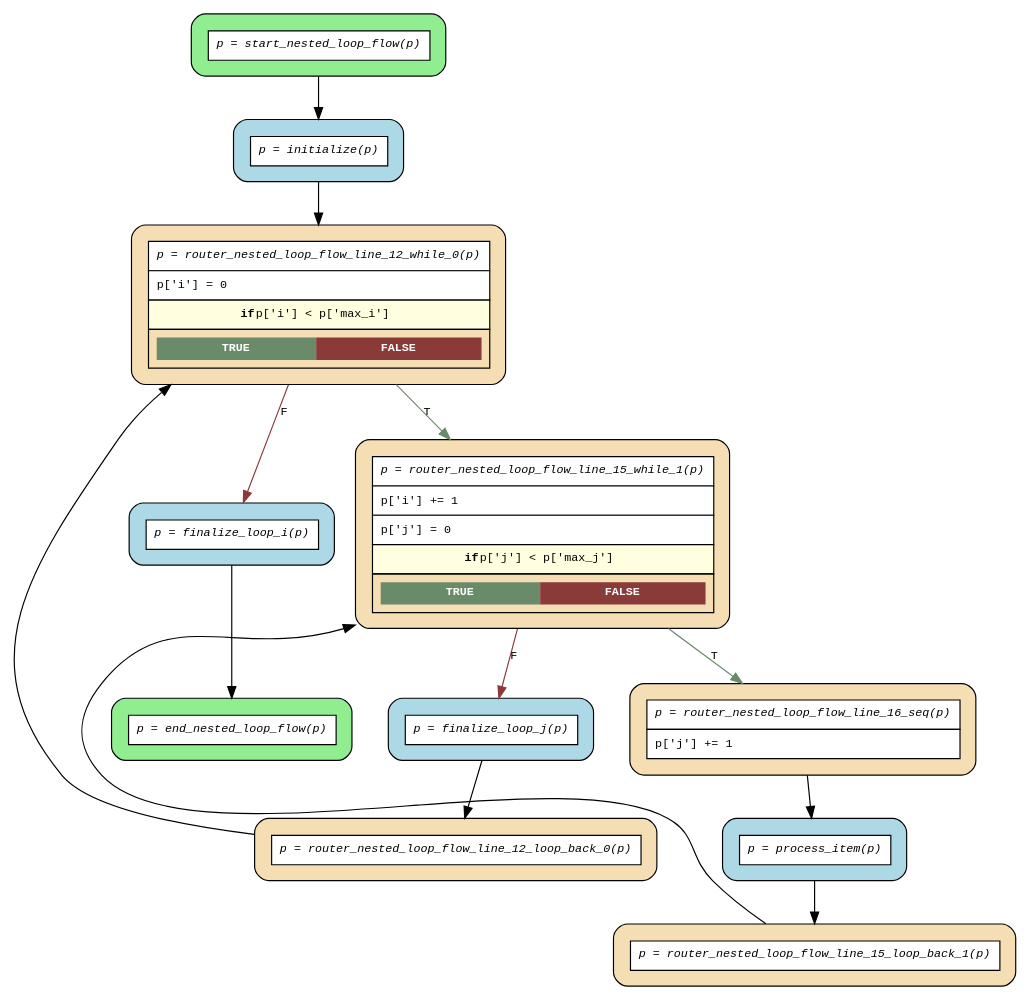
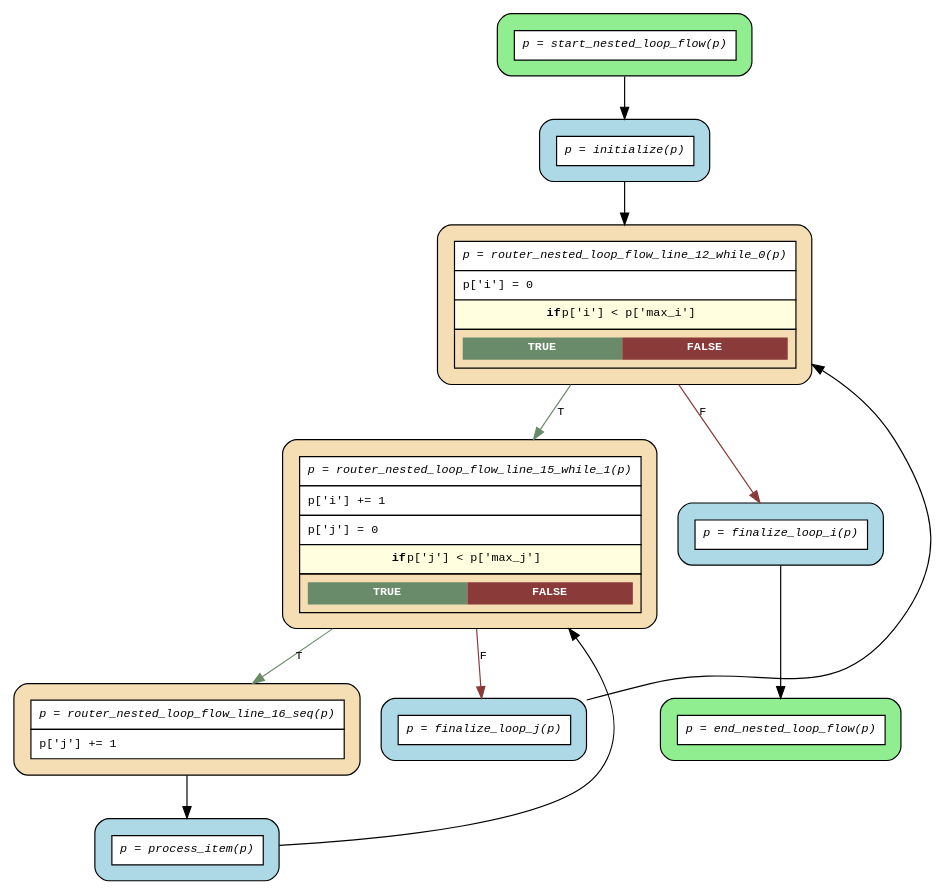
One commit to deliveryhero/asya changed the diagram in examples/flows/compiled/while_nested_loop/flow.dot. Above: the diagram before and after it, drawn with Graphviz. The commit also changed 40 other files, not shown here.

First line of the commit message:
fix(grouper): eliminate no-op loop_back routers for conditional while loops

```diff
--- a/examples/flows/compiled/while_nested_loop/flow.dot
+++ b/examples/flows/compiled/while_nested_loop/flow.dot
@@ -1,31 +1,27 @@
 digraph flow {
   rankdir=TB;
   graph [fontname="Courier", fontsize=10];
   node [fontname="Courier", fontsize=10, shape=box, style="filled,rounded", margin="0.2"];
   edge [fontname="Courier", fontsize=10];
 
   start_nested_loop_flow [fillcolor="lightgreen", label=<<table border="0" cellspacing="0" cellpadding="6" cellborder="1"><tr><td bgcolor="white" align="center"><i>p = start_nested_loop_flow(p)</i></td></tr></table>>];
   router_nested_loop_flow_line_16_seq [fillcolor="wheat", label=<<table border="0" cellspacing="0" cellpadding="6" cellborder="1"><tr><td bgcolor="white" align="center"><i>p = router_nested_loop_flow_line_16_seq(p)</i></td></tr><tr><td bgcolor="white" align="left">p['j'] += 1</td></tr></table>>];
-  router_nested_loop_flow_line_15_loop_back_1 [fillcolor="wheat", label=<<table border="0" cellspacing="0" cellpadding="6" cellborder="1"><tr><td bgcolor="white" align="center"><i>p = router_nested_loop_flow_line_15_loop_back_1(p)</i></td></tr></table>>];
   router_nested_loop_flow_line_15_while_1 [fillcolor="wheat", label=<<table border="0" cellspacing="0" cellpadding="6" cellborder="1"><tr><td bgcolor="white" align="center"><i>p = router_nested_loop_flow_line_15_while_1(p)</i></td></tr><tr><td bgcolor="white" align="left">p['i'] += 1</td></tr><tr><td bgcolor="white" align="left">p['j'] = 0</td></tr><tr><td bgcolor="lightyellow"><b>if</b> p['j'] &lt; p['max_j']</td></tr><tr><td><table border="0" cellspacing="0" cellpadding="4"><tr><td bgcolor="darkseagreen4"><font color="white"><b>TRUE</b></font></td><td bgcolor="indianred4"><font color="white"><b>FALSE</b></font></td></tr></table></td></tr></table>>];
-  router_nested_loop_flow_line_12_loop_back_0 [fillcolor="wheat", label=<<table border="0" cellspacing="0" cellpadding="6" cellborder="1"><tr><td bgcolor="white" align="center"><i>p = router_nested_loop_flow_line_12_loop_back_0(p)</i></td></tr></table>>];
   router_nested_loop_flow_line_12_while_0 [fillcolor="wheat", label=<<table border="0" cellspacing="0" cellpadding="6" cellborder="1"><tr><td bgcolor="white" align="center"><i>p = router_nested_loop_flow_line_12_while_0(p)</i></td></tr><tr><td bgcolor="white" align="left">p['i'] = 0</td></tr><tr><td bgcolor="lightyellow"><b>if</b> p['i'] &lt; p['max_i']</td></tr><tr><td><table border="0" cellspacing="0" cellpadding="4"><tr><td bgcolor="darkseagreen4"><font color="white"><b>TRUE</b></font></td><td bgcolor="indianred4"><font color="white"><b>FALSE</b></font></td></tr></table></td></tr></table>>];
   end_nested_loop_flow [fillcolor="lightgreen", label=<<table border="0" cellspacing="0" cellpadding="6" cellborder="1"><tr><td bgcolor="white" align="center"><i>p = end_nested_loop_flow(p)</i></td></tr></table>>];
   finalize_loop_i [fillcolor="lightblue", label=<<table border="0" cellspacing="0" cellpadding="6" cellborder="1"><tr><td bgcolor="white" align="center"><i>p = finalize_loop_i(p)</i></td></tr></table>>];
   finalize_loop_j [fillcolor="lightblue", label=<<table border="0" cellspacing="0" cellpadding="6" cellborder="1"><tr><td bgcolor="white" align="center"><i>p = finalize_loop_j(p)</i></td></tr></table>>];
   initialize [fillcolor="lightblue", label=<<table border="0" cellspacing="0" cellpadding="6" cellborder="1"><tr><td bgcolor="white" align="center"><i>p = initialize(p)</i></td></tr></table>>];
   process_item [fillcolor="lightblue", label=<<table border="0" cellspacing="0" cellpadding="6" cellborder="1"><tr><td bgcolor="white" align="center"><i>p = process_item(p)</i></td></tr></table>>];
 
   finalize_loop_i -> end_nested_loop_flow;
-  finalize_loop_j -> router_nested_loop_flow_line_12_loop_back_0;
+  finalize_loop_j -> router_nested_loop_flow_line_12_while_0 [constraint=false];
   initialize -> router_nested_loop_flow_line_12_while_0;
-  process_item -> router_nested_loop_flow_line_15_loop_back_1;
-  router_nested_loop_flow_line_12_loop_back_0 -> router_nested_loop_flow_line_12_while_0 [constraint=false];
+  process_item -> router_nested_loop_flow_line_15_while_1 [constraint=false];
   router_nested_loop_flow_line_12_while_0 -> finalize_loop_i [label="F", color=indianred4];
   router_nested_loop_flow_line_12_while_0 -> router_nested_loop_flow_line_15_while_1 [label="T", color=darkseagreen4];
-  router_nested_loop_flow_line_15_loop_back_1 -> router_nested_loop_flow_line_15_while_1 [constraint=false];
   router_nested_loop_flow_line_15_while_1 -> finalize_loop_j [label="F", color=indianred4];
   router_nested_loop_flow_line_15_while_1 -> router_nested_loop_flow_line_16_seq [label="T", color=darkseagreen4];
   router_nested_loop_flow_line_16_seq -> process_item;
   start_nested_loop_flow -> initialize;
 }
```
